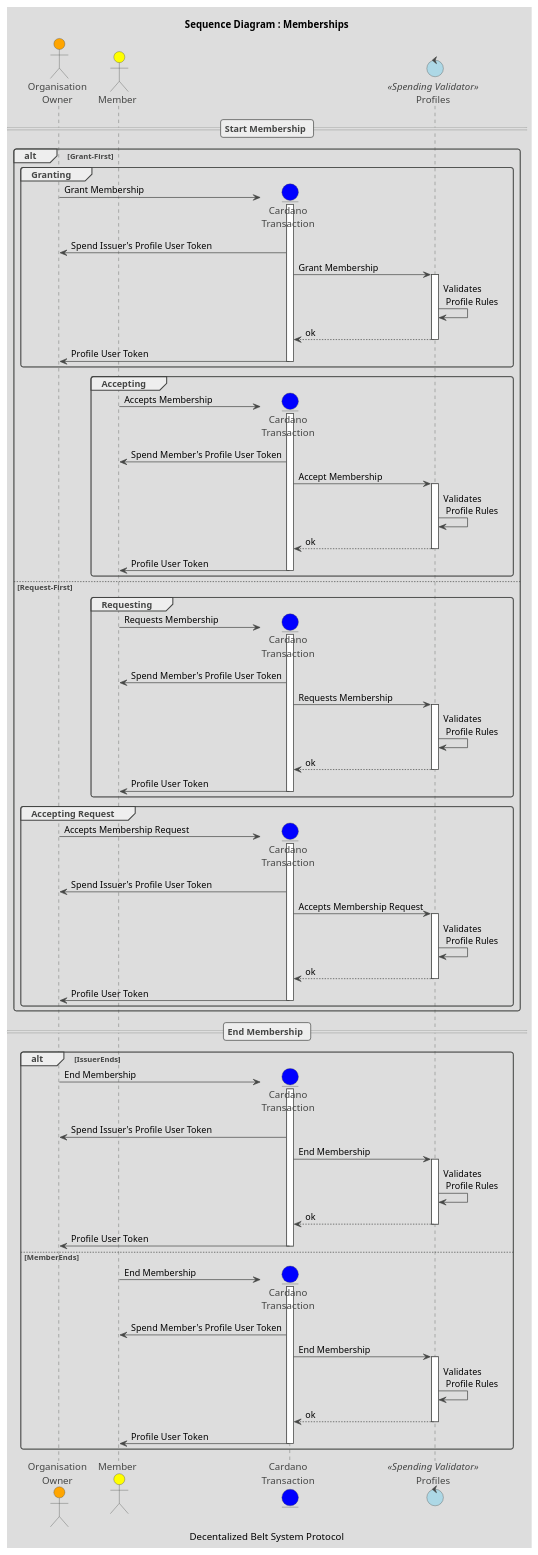
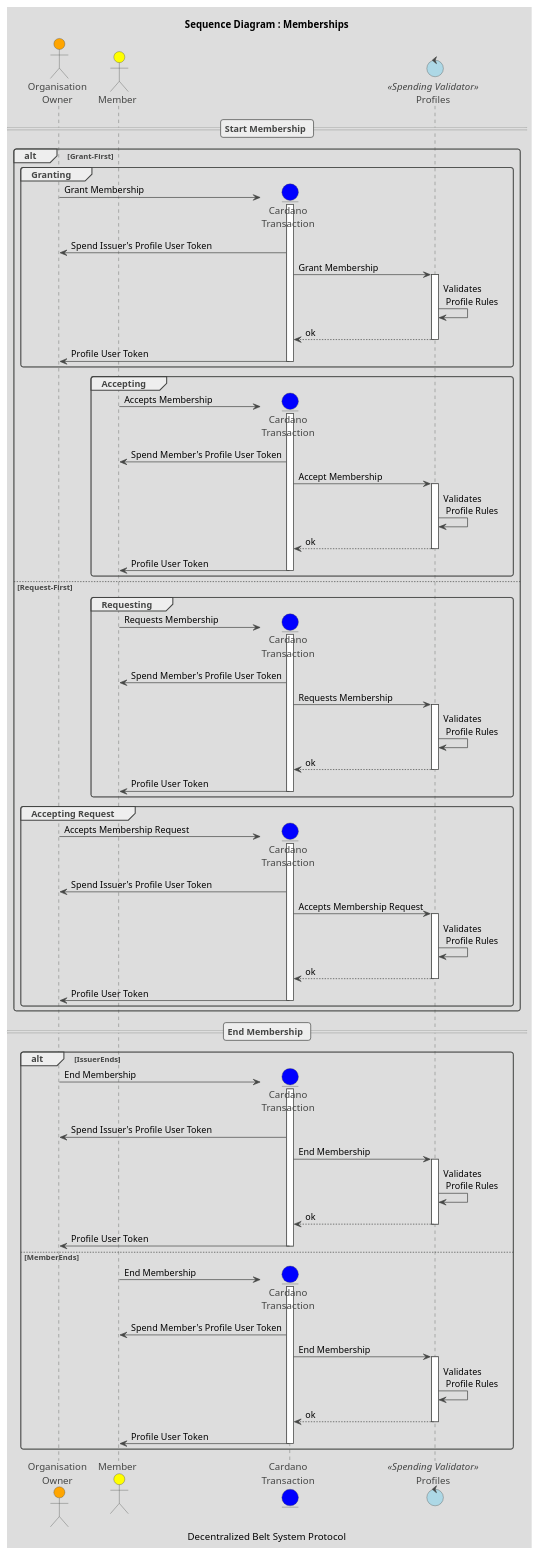
One commit to en7angled/Decentralized-Belt-System changed the diagram in puml/SequenceDiagram-Memberships.puml. Above: the diagram before and after it, drawn with PlantUML. The commit also changed 167 other files, not shown here.

```diff
--- a/puml/SequenceDiagram-Memberships.puml
+++ b/puml/SequenceDiagram-Memberships.puml
@@ -1,88 +1,88 @@
 @startuml Memberships
 
 title: Sequence Diagram : Memberships
-caption: Decentalized Belt System Protocol
+caption: Decentralized Belt System Protocol
 
 !theme toy
 
 skinparam control<< Spending Validator >>  {
     BackgroundColor LightBlue
 }
 skinparam control<< Minting Policy >>    {
     BackgroundColor MediumPurple
 }
 
 
 actor IssuerProfile as "Organisation\nOwner" #orange
 actor MemberProfile as "Member" #yellow
 entity Cardano as "Cardano\nTransaction" #blue
 
 control ProfilesV as "Profiles" << Spending Validator >>
 
 == Start Membership ==
 
 alt Grant-First
     group Granting
         create Cardano
             IssuerProfile -> Cardano --++ : Grant Membership
             Cardano -> IssuerProfile: Spend Issuer's Profile User Token
             Cardano -> ProfilesV ++ : Grant Membership
             ProfilesV -> ProfilesV : Validates\n Profile Rules
             ProfilesV --> Cardano --: ok
             Cardano -> IssuerProfile -- : Profile User Token 
         end group
 
     group Accepting
         create Cardano
             MemberProfile -> Cardano --++ : Accepts Membership
             Cardano -> MemberProfile: Spend Member's Profile User Token
             Cardano -> ProfilesV ++ : Accept Membership
             ProfilesV -> ProfilesV : Validates\n Profile Rules
             ProfilesV --> Cardano --: ok
             Cardano -> MemberProfile -- : Profile User Token
     end group
     
 else Request-First
     group Requesting
         create Cardano
             MemberProfile -> Cardano --++ : Requests Membership
             Cardano -> MemberProfile: Spend Member's Profile User Token
             Cardano -> ProfilesV ++ : Requests Membership
             ProfilesV -> ProfilesV : Validates\n Profile Rules
             ProfilesV --> Cardano --: ok
             Cardano -> MemberProfile -- : Profile User Token
     end group
     group Accepting Request
         create Cardano
             IssuerProfile -> Cardano --++ : Accepts Membership Request
             Cardano -> IssuerProfile: Spend Issuer's Profile User Token
             Cardano -> ProfilesV ++ : Accepts Membership Request
             ProfilesV -> ProfilesV : Validates\n Profile Rules
             ProfilesV --> Cardano --: ok
             Cardano -> IssuerProfile -- : Profile User Token 
     end group
 end 
 
 
 == End Membership ==
 
     alt IssuerEnds
         create Cardano
             IssuerProfile -> Cardano --++ : End Membership
             Cardano -> IssuerProfile: Spend Issuer's Profile User Token
             Cardano -> ProfilesV ++ : End Membership
             ProfilesV -> ProfilesV : Validates\n Profile Rules
             ProfilesV --> Cardano --: ok
             Cardano -> IssuerProfile -- : Profile User Token 
     else MemberEnds
         create Cardano
             MemberProfile -> Cardano --++ : End Membership
             Cardano -> MemberProfile: Spend Member's Profile User Token
             Cardano -> ProfilesV ++ : End Membership
             ProfilesV -> ProfilesV : Validates\n Profile Rules
             ProfilesV --> Cardano --: ok
             Cardano -> MemberProfile -- : Profile User Token
-    end group
+    end
 
 
 @enduml
```
